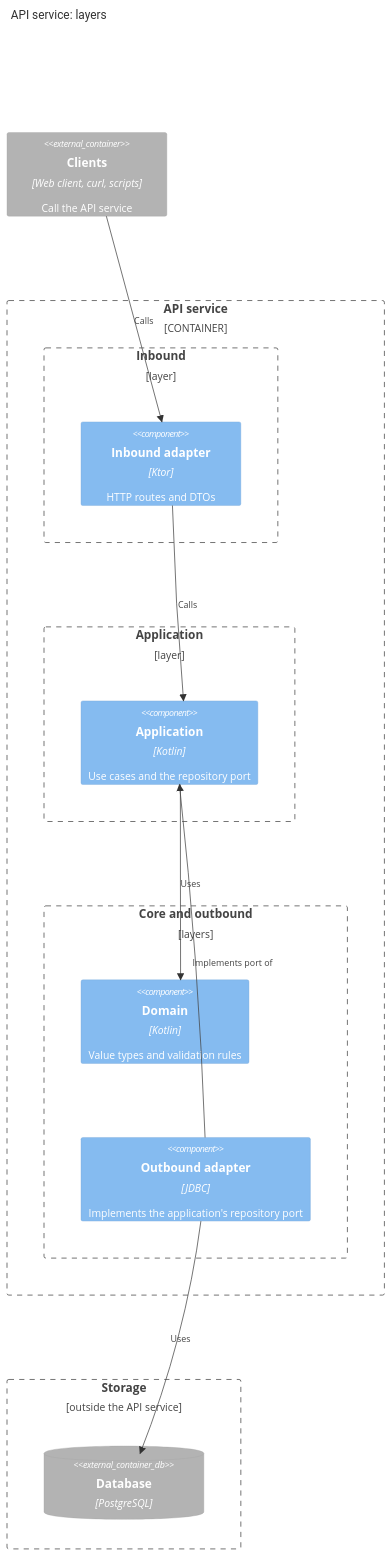
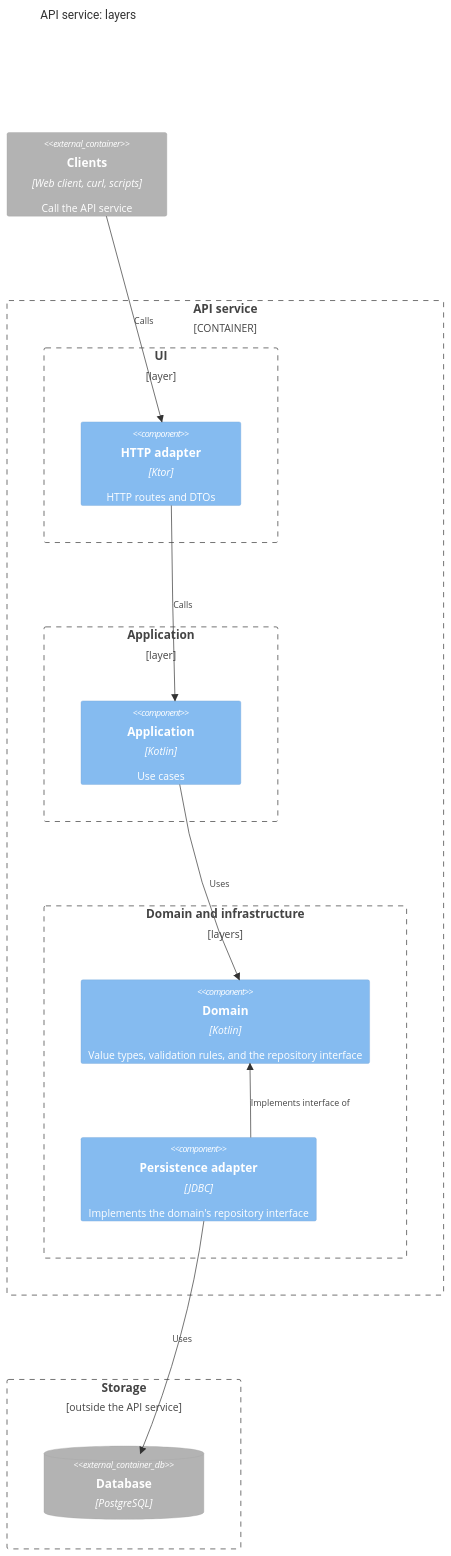
One commit to kieranpotts/tpximpact changed the diagram in docs/design/logical/api-service.md. Above: the diagram before and after it, drawn with Mermaid. The commit also changed other lines of this file and 25 other files, not shown here.

````diff
--- a/docs/design/logical/api-service.md
+++ b/docs/design/logical/api-service.md
@@ -8,31 +9,31 @@
 ```mermaid
 C4Component
   title API service: layers
 
   Container_Ext(clients, "Clients", "Web client, curl, scripts", "Call the API service")
 
   Container_Boundary(apic, "API service") {
-    Boundary(l1, "Inbound", "layer") {
-      Component(http, "Inbound adapter", "Ktor", "HTTP routes and DTOs")
+    Boundary(l1, "UI", "layer") {
+      Component(ui, "HTTP adapter", "Ktor", "HTTP routes and DTOs")
     }
     Boundary(l2, "Application", "layer") {
-      Component(app, "Application", "Kotlin", "Use cases and the repository port")
+      Component(app, "Application", "Kotlin", "Use cases")
     }
-    Boundary(l3, "Core and outbound", "layers") {
-      Component(domain, "Domain", "Kotlin", "Value types and validation rules")
-      Component(jdbc, "Outbound adapter", "JDBC", "Implements the application's repository port")
+    Boundary(l3, "Domain and infrastructure", "layers") {
+      Component(domain, "Domain", "Kotlin", "Value types, validation rules, and the repository interface")
+      Component(infra, "Persistence adapter", "JDBC", "Implements the domain's repository interface")
     }
   }
 
   Boundary(storage, "Storage", "outside the API service") {
     ContainerDb_Ext(db, "Database", "PostgreSQL")
   }
 
-  Rel(clients, http, "Calls")
-  Rel(http, app, "Calls")
+  Rel(clients, ui, "Calls")
+  Rel(ui, app, "Calls")
   Rel(app, domain, "Uses")
-  Rel(jdbc, app, "Implements port of")
-  Rel(jdbc, db, "Uses")
+  Rel(infra, domain, "Implements interface of")
+  Rel(infra, db, "Uses")
 
   UpdateLayoutConfig($c4ShapeInRow="2", $c4BoundaryInRow="1")
 ```
````
